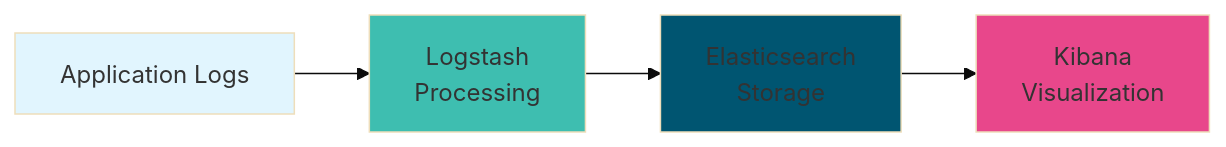
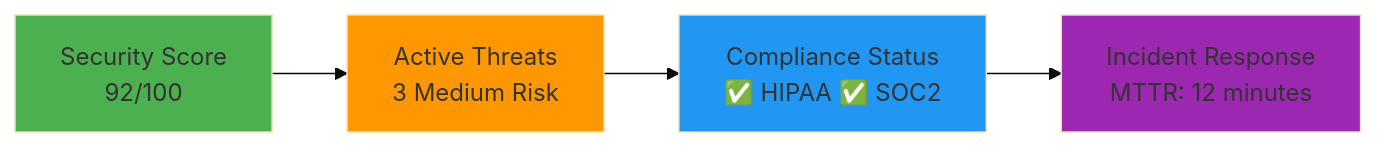
One commit to manikcloud/cloud-devops-learning-path changed the second of 2 diagrams in Section-2-DevOps/Session-10_Monitoring-Tools/05-elk-project/README.md. Above: the diagram before and after it, drawn with Mermaid (base theme). The commit also changed other lines of this file and 9 other files, not shown here.

````diff
--- a/Section-2-DevOps/Session-10_Monitoring-Tools/05-elk-project/README.md
+++ b/Section-2-DevOps/Session-10_Monitoring-Tools/05-elk-project/README.md
@@ -33,11 +200,11 @@
 ```mermaid
 graph LR
-    A[Application Logs] --> B[Logstash<br/>Processing]
-    B --> C[Elasticsearch<br/>Storage]
-    C --> D[Kibana<br/>Visualization]
+    A[Security Score<br/>92/100] --> B[Active Threats<br/>3 Medium Risk]
+    B --> C[Compliance Status<br/>✅ HIPAA ✅ SOC2]
+    C --> D[Incident Response<br/>MTTR: 12 minutes]
     
-    style A fill:#e1f5fe
-    style B fill:#3ebeb0
-    style C fill:#005571
-    style D fill:#e8478b
+    style A fill:#4caf50
+    style B fill:#ff9800
+    style C fill:#2196f3
+    style D fill:#9c27b0
 ```
````
